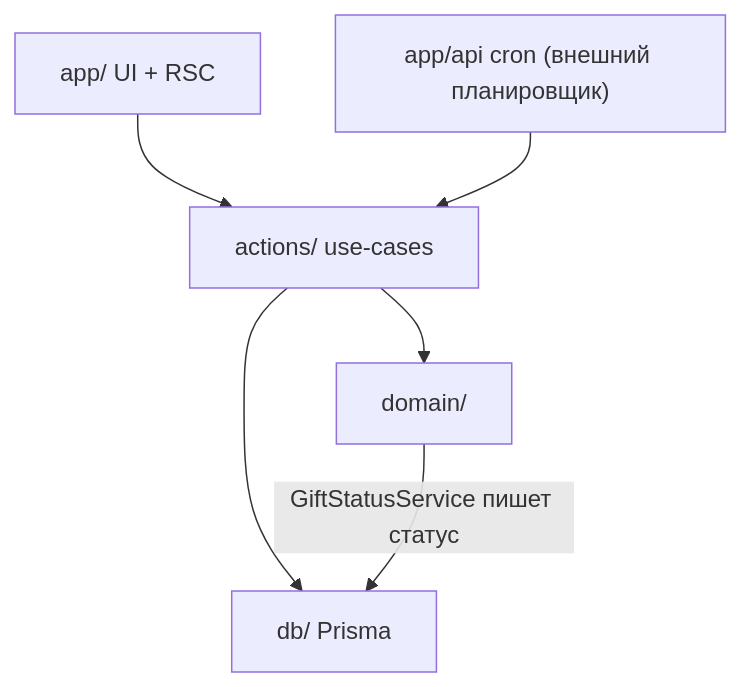
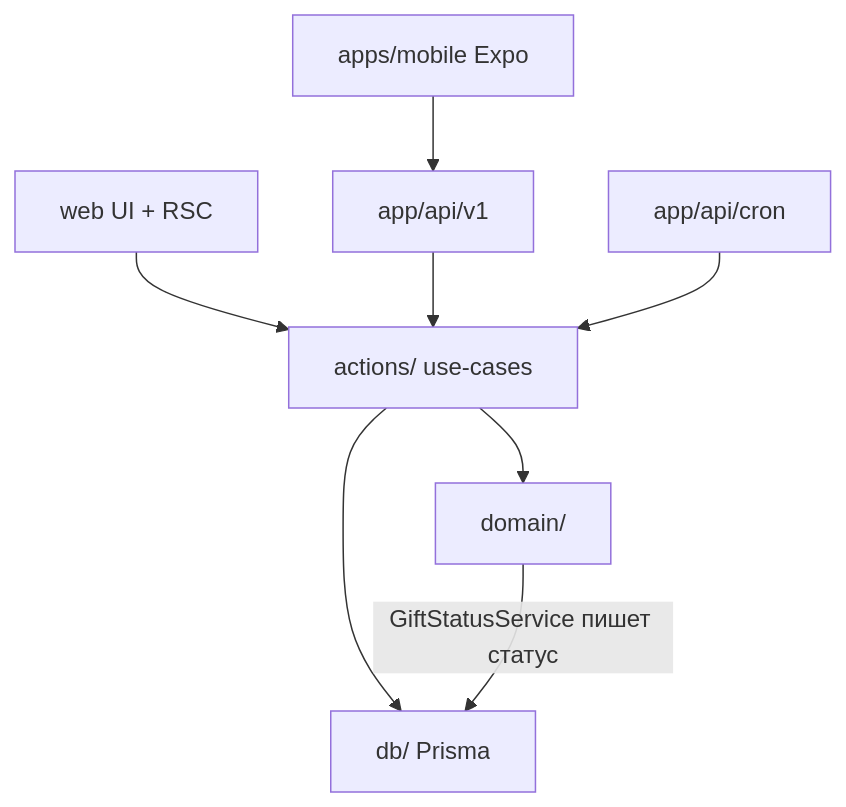
Before and after one commit to Clever-Agency/Gift-list: the first of 3 diagrams in _bmad-output/planning-artifacts/architecture/architecture-gift-list-2026-09-30/ARCHITECTURE-SPINE.md, drawn with Mermaid. The commit also changed other lines of this file and 13 other files, not shown here.

````diff
--- a/_bmad-output/planning-artifacts/architecture/architecture-gift-list-2026-09-30/ARCHITECTURE-SPINE.md
+++ b/_bmad-output/planning-artifacts/architecture/architecture-gift-list-2026-09-30/ARCHITECTURE-SPINE.md
@@ -55,8 +75,10 @@
 ```mermaid
 flowchart TB
-  UI["app/ UI + RSC"] --> ACT["actions/ use-cases"]
-  RH["app/api cron (внешний планировщик)"] --> ACT
+  WEB["web UI + RSC"] --> ACT["actions/ use-cases"]
+  MOB["apps/mobile Expo"] --> API["app/api/v1"]
+  API --> ACT
+  CRON["app/api/cron"] --> ACT
   ACT --> DOM["domain/"]
   ACT --> DB["db/ Prisma"]
   DOM -->|"GiftStatusService пишет статус"| DB
 ```
````
